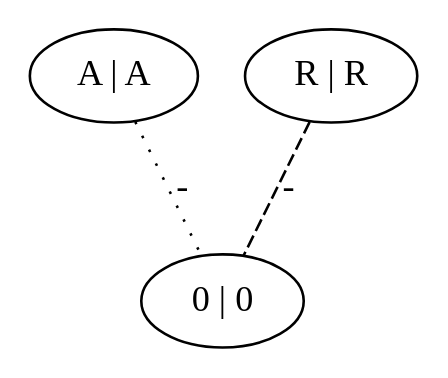
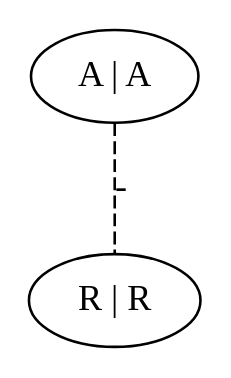
One commit to lazh01/Kemoinformatik changed the diagram in catalan/out/010_r_1_combined.dot. Above: the diagram before and after it, drawn with Graphviz. The commit also changed 1171 other files, not shown here.

```diff
--- a/catalan/out/010_r_1_combined.dot
+++ b/catalan/out/010_r_1_combined.dot
@@ -1,7 +1,5 @@
 graph G {
 	0 [ label="A | A" ]
 	1 [ label="R | R" ]
-	2 [ label="0 | 0" ]
-	0 -- 2 [ style=dotted label="-" ]
-	1 -- 2 [ style=dashed label="-" ]
+	0 -- 1 [ style=dashed label="-" ]
 }
```
